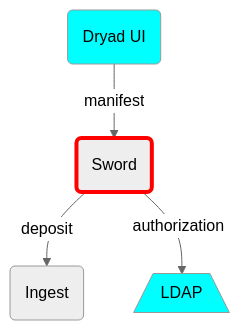
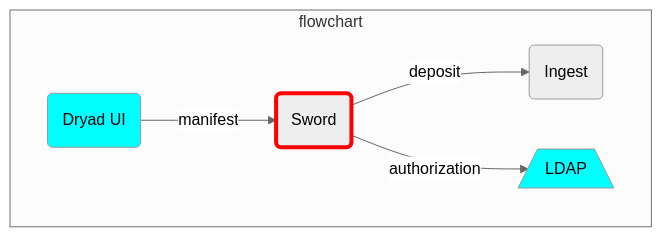
One commit to CDLUC3/mrt-doc changed the diagram in diagrams/sword.mmd. Above: the diagram before and after it, drawn with Mermaid. The commit also changed 34 other files, not shown here.

```diff
--- a/diagrams/sword.mmd
+++ b/diagrams/sword.mmd
@@ -1,14 +1,15 @@
 %%{init: {'theme': 'neutral'}}%%
 graph TD
   DRYAD(Dryad UI)
   LDAP[/LDAP\]
   SWORD(Sword)
   ING(Ingest)
 
-  DRYAD --> |manifest| SWORD
-  SWORD --> |deposit| ING
-  SWORD --> |authorization| LDAP
-
+  subgraph flowchart
+    DRYAD --> |manifest| SWORD
+    SWORD --> |deposit| ING
+    SWORD --> |authorization| LDAP
+  end
   style LDAP fill:cyan
   style DRYAD fill:cyan
   style SWORD stroke:red,stroke-width:4px
```
